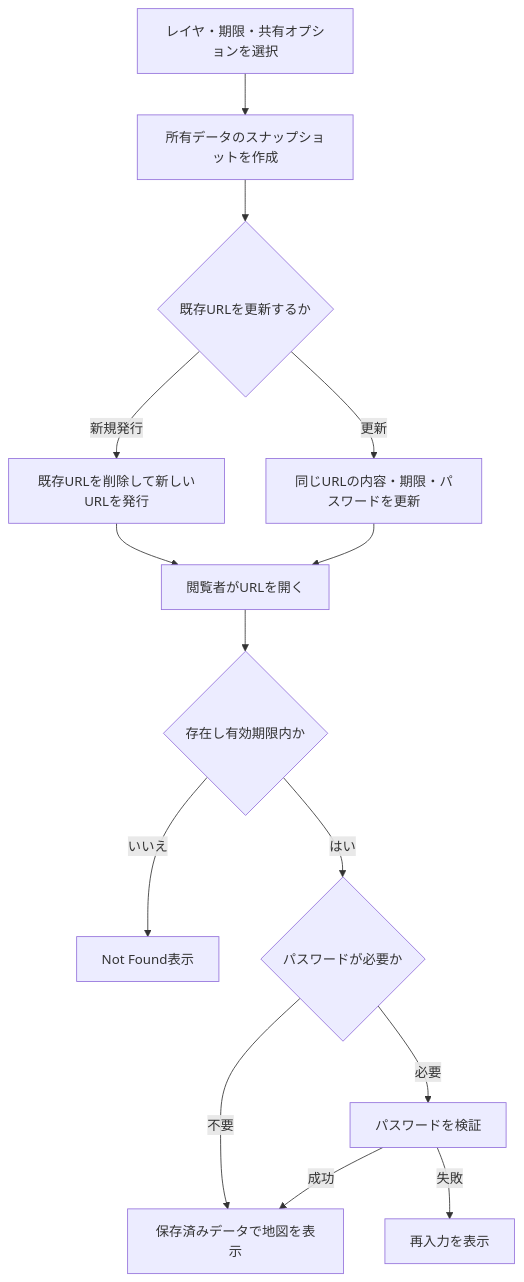
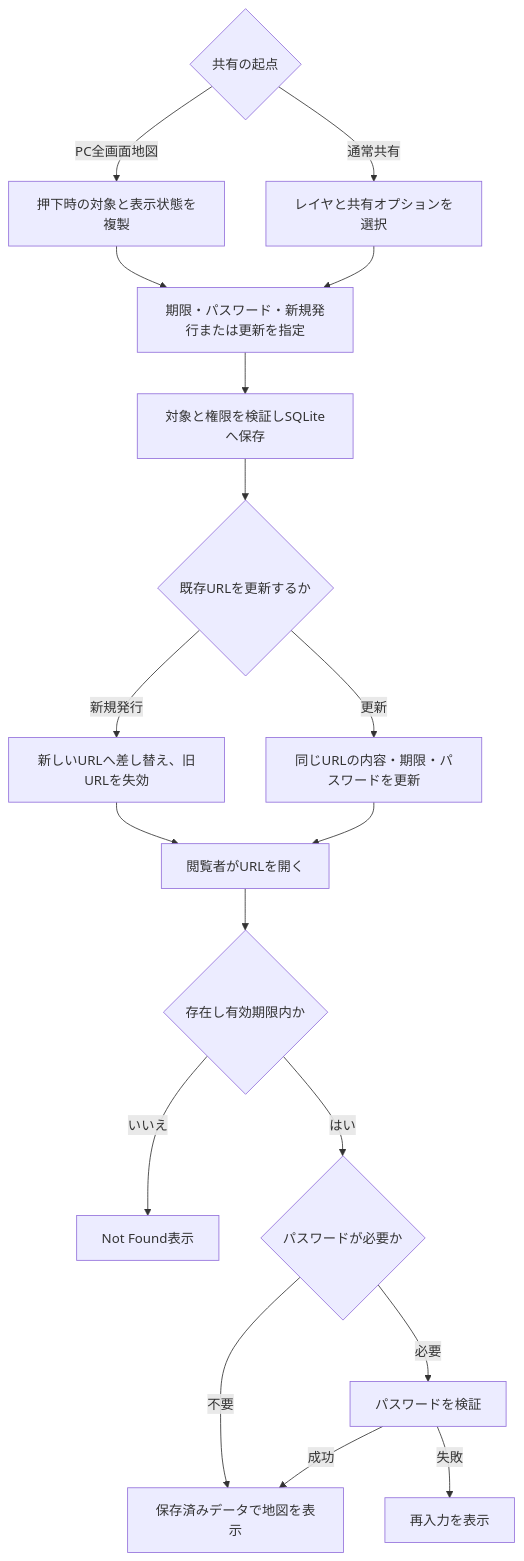
Before and after one commit to itsuki-maru/GeoCode-Web-Single: the diagram in docs/TEMPORARY_SHARING.md, drawn with Mermaid. The commit also changed other lines of this file and 104 other files, not shown here.

First line of the commit message:
別画面地図のマップ共有機能を実装 (#216)

````diff
--- a/docs/TEMPORARY_SHARING.md
+++ b/docs/TEMPORARY_SHARING.md
@@ -7,16 +20,20 @@
 ```mermaid
 flowchart TD
-    A["レイヤ・期限・共有オプションを選択"] --> B["所有データのスナップショットを作成"]
-    B --> C{"既存URLを更新するか"}
+    A{"共有の起点"} -->|通常共有| B["レイヤと共有オプションを選択"]
+    A -->|PC全画面地図| S["押下時の対象と表示状態を複製"]
+    B --> P["期限・パスワード・新規発行または更新を指定"]
+    S --> P
+    P --> V["対象と権限を検証しSQLiteへ保存"]
+    V --> C{"既存URLを更新するか"}
     C -->|更新| D["同じURLの内容・期限・パスワードを更新"]
-    C -->|新規発行| E["既存URLを削除して新しいURLを発行"]
+    C -->|新規発行| E["新しいURLへ差し替え、旧URLを失効"]
     D --> F["閲覧者がURLを開く"]
     E --> F
     F --> G{"存在し有効期限内か"}
     G -->|いいえ| H["Not Found表示"]
     G -->|はい| I{"パスワードが必要か"}
     I -->|必要| J["パスワードを検証"]
     J -->|成功| K["保存済みデータで地図を表示"]
     J -->|失敗| L["再入力を表示"]
     I -->|不要| K
 ```
````
